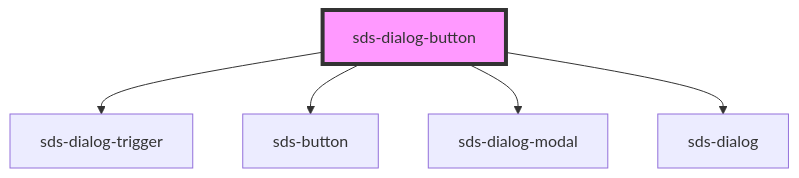
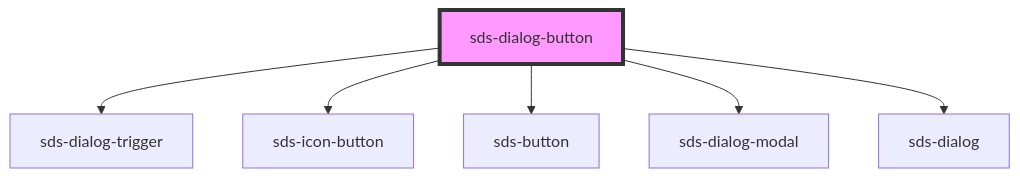
One commit to chodgesfigma/sds-mono changed the diagram in packages/sds-web-components/src/ui/primitives/Dialog/sds-dialog-button/readme.md. Above: the diagram before and after it, drawn with Mermaid. The commit also changed other lines of this file and 12 other files, not shown here.

Commit message:
feat: use sds-icon-button instead of "rounded" sds-button

````diff
--- a/packages/sds-web-components/src/ui/primitives/Dialog/sds-dialog-button/readme.md
+++ b/packages/sds-web-components/src/ui/primitives/Dialog/sds-dialog-button/readme.md
@@ -50,8 +51,9 @@
 ```mermaid
 graph TD;
   sds-dialog-button --> sds-dialog-trigger
+  sds-dialog-button --> sds-icon-button
   sds-dialog-button --> sds-button
   sds-dialog-button --> sds-dialog-modal
   sds-dialog-button --> sds-dialog
   style sds-dialog-button fill:#f9f,stroke:#333,stroke-width:4px
 ```
````
